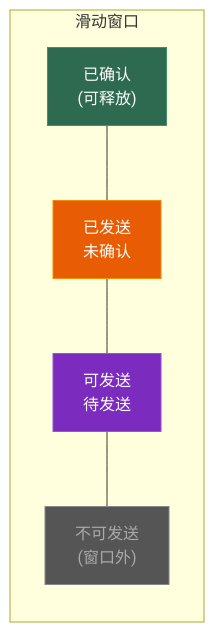
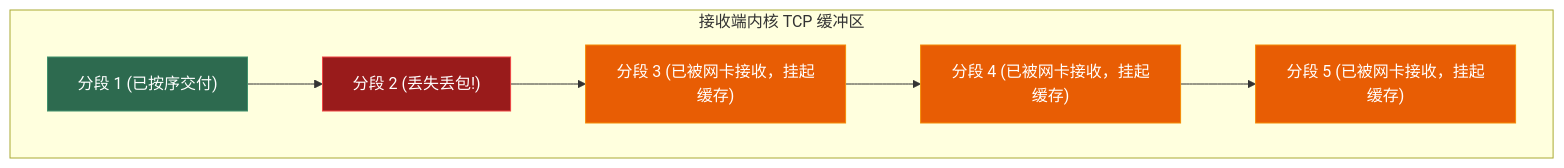
Before and after one commit to Lumivers/firefly: the fifth of 5 diagrams in src/content/posts/network/02_tcp.md, drawn with Mermaid. The commit also changed other lines of this file and 18 other files, not shown here.

````diff
--- a/src/content/posts/network/02_tcp.md
+++ b/src/content/posts/network/02_tcp.md
@@ -344,16 +268,15 @@
 ```mermaid
 graph LR
-    subgraph "滑动窗口"
-        s1["已确认\n(可释放)"]
-        s2["已发送\n未确认"]
-        s3["可发送\n待发送"]
-        s4["不可发送\n(窗口外)"]
+    subgraph "接收端内核 TCP 缓冲区"
+        direction LR
+        P1["分段 1 (已按序交付)"] --> P2["分段 2 (丢失丢包!)"]
+        P2 --> P3["分段 3 (已被网卡接收，挂起缓存)"]
+        P3 --> P4["分段 4 (已被网卡接收，挂起缓存)"]
+        P4 --> P5["分段 5 (已被网卡接收，挂起缓存)"]
     end
-
-    s1 --- s2 --- s3 --- s4
-
-    style s1 fill:#2d6a4f,stroke:#40916c,color:white
-    style s2 fill:#e85d04,stroke:#f48c06,color:white
-    style s3 fill:#7b2cbf,stroke:#9d4edd,color:white
-    style s4 fill:#555,stroke:#888,color:#aaa
+    style P1 fill:#2d6a4f,stroke:#40916c,color:white
+    style P2 fill:#991b1b,stroke:#ef4444,color:white
+    style P3 fill:#e85d04,stroke:#f48c06,color:white
+    style P4 fill:#e85d04,stroke:#f48c06,color:white
+    style P5 fill:#e85d04,stroke:#f48c06,color:white
 ```
````
